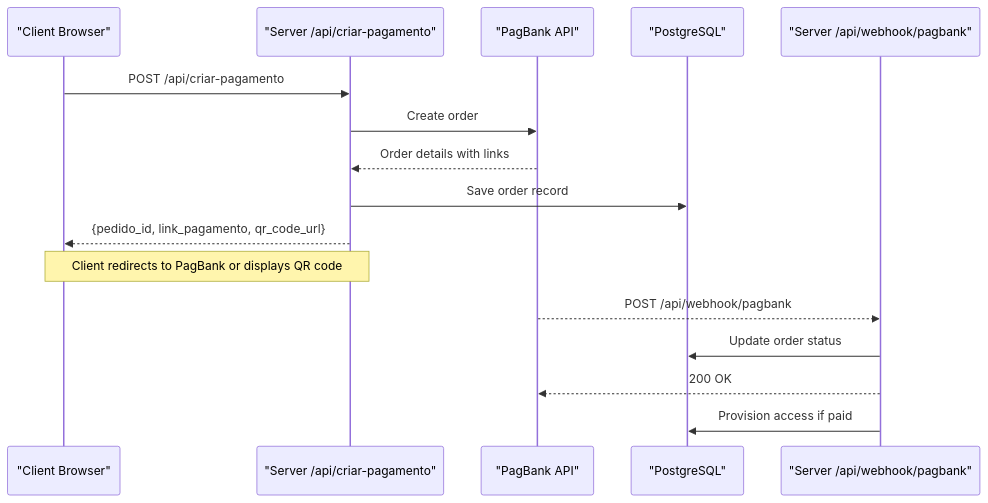
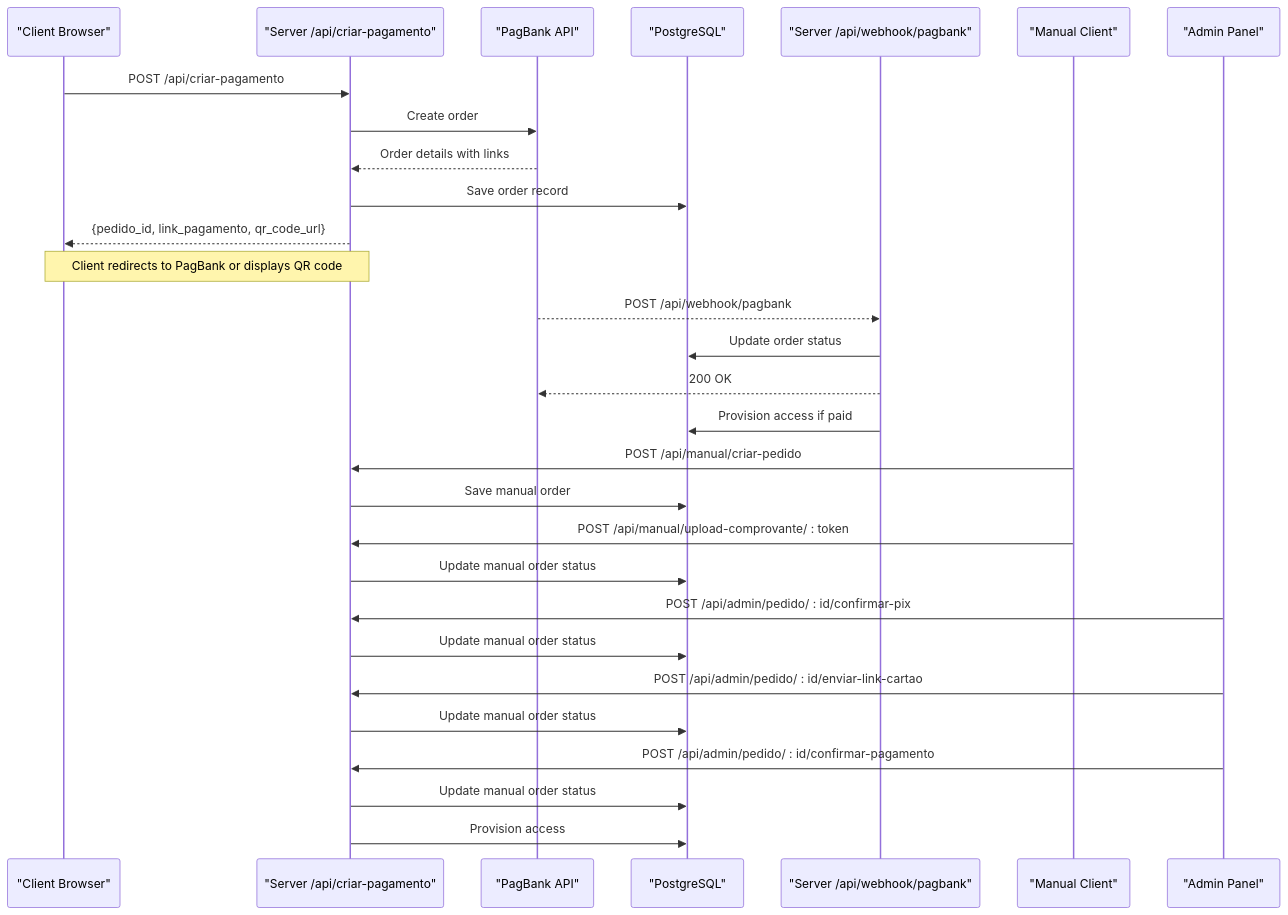
The second of 6 diagrams in .qoder/repowiki/en/content/Backend API Reference/Backend API Reference.md (Alexandrexicara/qretiquetas.com), drawn with Mermaid before and after one commit. The commit also changed other lines of this file and 6 other files, not shown here.

````diff
--- a/.qoder/repowiki/en/content/Backend API Reference/Backend API Reference.md
+++ b/.qoder/repowiki/en/content/Backend API Reference/Backend API Reference.md
@@ -72,18 +92,31 @@
 ```mermaid
 sequenceDiagram
 participant C as "Client Browser"
 participant S as "Server /api/criar-pagamento"
 participant PB as "PagBank API"
 participant DB as "PostgreSQL"
 participant W as "Server /api/webhook/pagbank"
 C->>S : POST /api/criar-pagamento
 S->>PB : Create order
 PB-->>S : Order details with links
 S->>DB : Save order record
 S-->>C : {pedido_id, link_pagamento, qr_code_url}
 Note over C,S : Client redirects to PagBank or displays QR code
 PB-->>W : POST /api/webhook/pagbank
 W->>DB : Update order status
 W-->>PB : 200 OK
 W->>DB : Provision access if paid
+participant M as "Manual Client"
+participant A as "Admin Panel"
+M->>S : POST /api/manual/criar-pedido
+S->>DB : Save manual order
+M->>S : POST /api/manual/upload-comprovante/ : token
+S->>DB : Update manual order status
+A->>S : POST /api/admin/pedido/ : id/confirmar-pix
+S->>DB : Update manual order status
+A->>S : POST /api/admin/pedido/ : id/enviar-link-cartao
+S->>DB : Update manual order status
+A->>S : POST /api/admin/pedido/ : id/confirmar-pagamento
+S->>DB : Update manual order status
+S->>DB : Provision access
 ```
````
